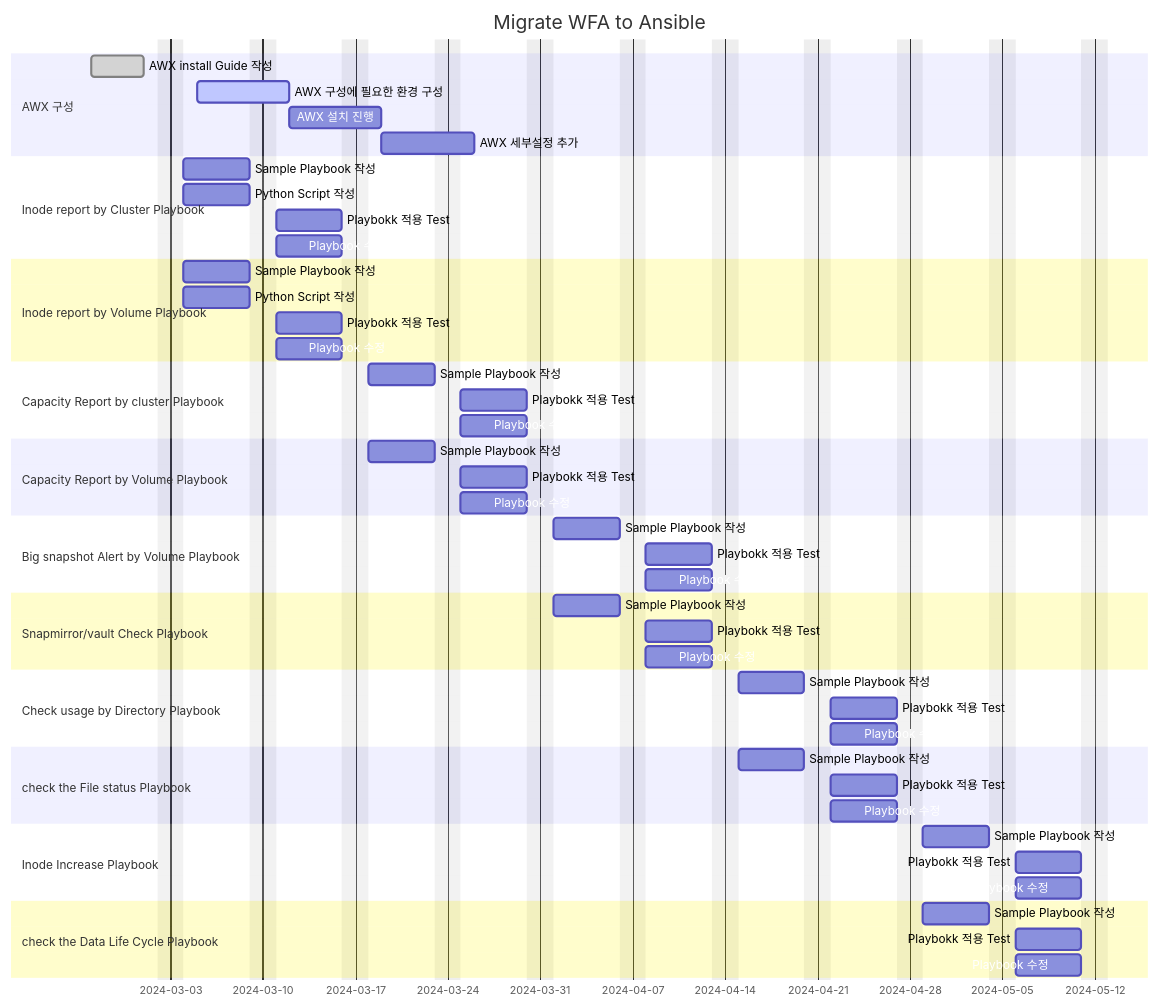
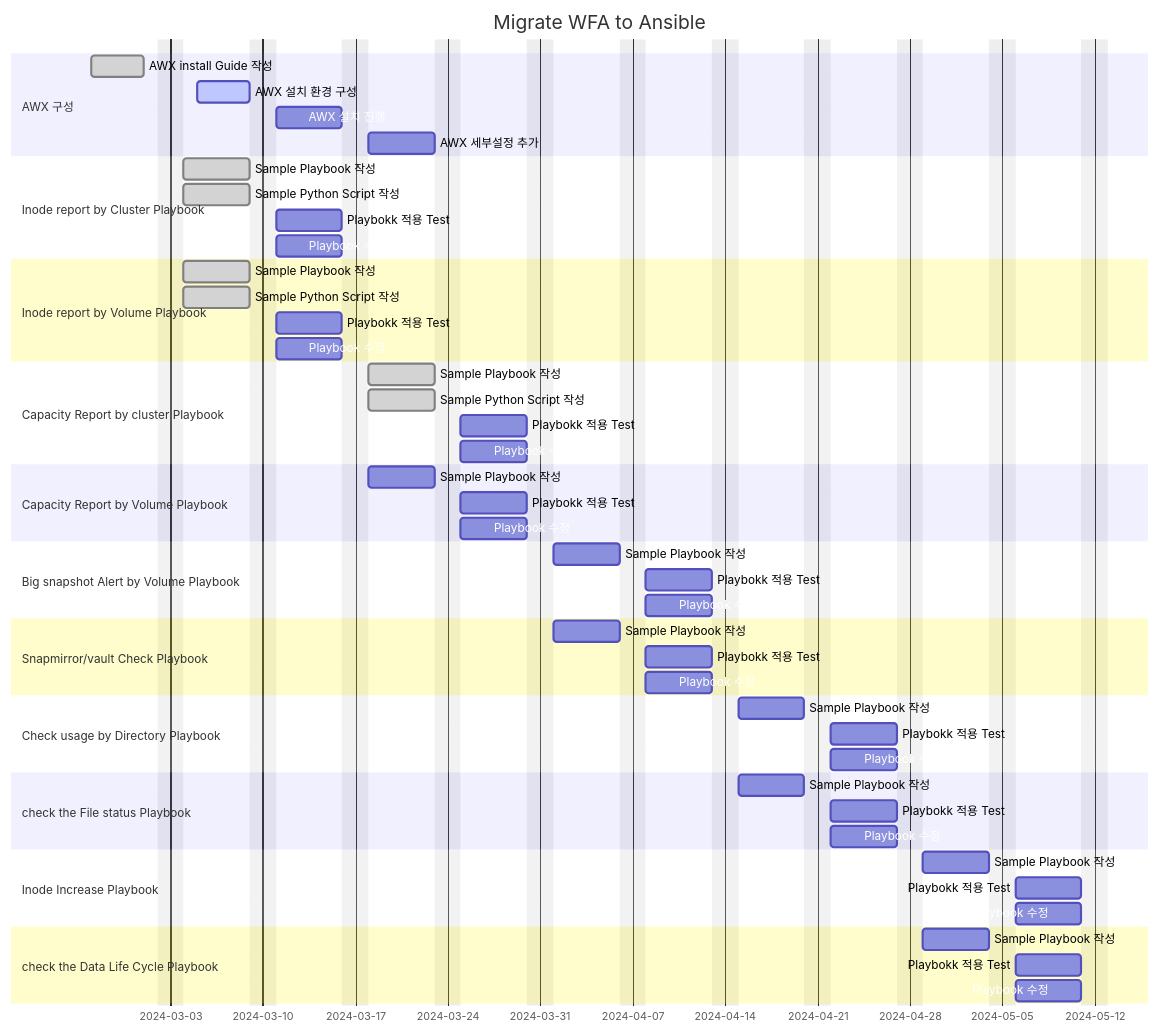
Before and after one commit to netappkr/AnsiblePlaybook: the diagram in SKHynics/Readme.md, drawn with Mermaid. The commit also changed other lines of this file, not shown here.

````diff
--- a/SKHynics/Readme.md
+++ b/SKHynics/Readme.md
@@ -49,64 +51,65 @@
 ```mermaid
 gantt
     title Migrate WFA to Ansible
     dateFormat  YYYY-MM-DD
     excludes    weekends
 
     section AWX 구성
     AWX install Guide 작성  : done, awx1, 2024-02-26, 4d
-    AWX 구성에 필요한 환경 구성  : active, awx2, 2024-03-05, 5d
+    AWX 설치 환경 구성  : active, awx2, 2024-03-05, 4d
     AWX 설치 진행 : awx3, after awx2 , 5d
     AWX 세부설정 추가 : awx4, after awx3, 5d
 
     section Inode report by Cluster Playbook
-    Sample Playbook 작성 : p1-1, 2024-03-04, 5d
-    Python Script 작성 : p1-2, 2024-03-04, 5d
+    Sample Playbook 작성 : done,p1-1, 2024-03-04, 5d
+    Sample Python Script 작성 : done,p1-2, 2024-03-04, 5d
     Playbokk 적용 Test: p1-3, after p1-2,  5d
     Playbook 수정 : p1-4, after p1-2 , 5d
 
     section Inode report by Volume Playbook
-    Sample Playbook 작성 : p2-1, 2024-03-04, 5d
-    Python Script 작성 : p2-2, 2024-03-04, 5d
+    Sample Playbook 작성 : done, p2-1, 2024-03-04, 5d
+    Sample Python Script 작성 : done, p2-2, 2024-03-04, 5d
     Playbokk 적용 Test: p2-3, after p2-2,  5d
     Playbook 수정 : p2-4, after p2-2 , 5d
 
     section Capacity Report by cluster Playbook
-    Sample Playbook 작성 : p3-1, 2024-03-18, 5d
+    Sample Playbook 작성 : done, p3-1, 2024-03-18, 5d
+    Sample Python Script 작성 : done, p3-1, 2024-03-18, 5d
     Playbokk 적용 Test: p3-2, after p3-1,  5d
     Playbook 수정 : p3-3, after p3-1 , 5d
 
     section Capacity Report by Volume Playbook
     Sample Playbook 작성 : p4-1, 2024-03-18, 5d
     Playbokk 적용 Test: p4-2, after p4-1,  5d
     Playbook 수정 : p4-3, after p4-1 , 5d
 
     section Big snapshot Alert by Volume Playbook
     Sample Playbook 작성 : p5-1, 2024-04-01, 5d
     Playbokk 적용 Test: p5-2, after p5-1,  5d
     Playbook 수정 : p5-3, after p5-1 , 5d
 
     section Snapmirror/vault Check Playbook
     Sample Playbook 작성 : p6-1, 2024-04-01, 5d
     Playbokk 적용 Test: p6-2, after p6-1,  5d
     Playbook 수정 : p6-3, after p6-1 , 5d
 
     section Check usage by Directory Playbook
     Sample Playbook 작성 : p7-1, 2024-04-15, 5d
     Playbokk 적용 Test: p7-2, after p7-1,  5d
     Playbook 수정 : p7-3, after p7-1 , 5d
 
     section check the File status Playbook
     Sample Playbook 작성 : p8-1, 2024-04-15, 5d
     Playbokk 적용 Test: p8-2, after p8-1,  5d
     Playbook 수정 : p8-3, after p8-1 , 5d
 
     section Inode Increase Playbook
     Sample Playbook 작성 : p9-1, 2024-04-29, 5d
     Playbokk 적용 Test: p9-2, after p9-1,  5d
     Playbook 수정 : p9-3, after p9-1 , 5d
 
     section check the Data Life Cycle Playbook
     Sample Playbook 작성 : p10-1, 2024-04-29, 5d
     Playbokk 적용 Test: p10-2, after p10-1,  5d
     Playbook 수정 : p10-3, after p10-1 , 5d
 ```
````
